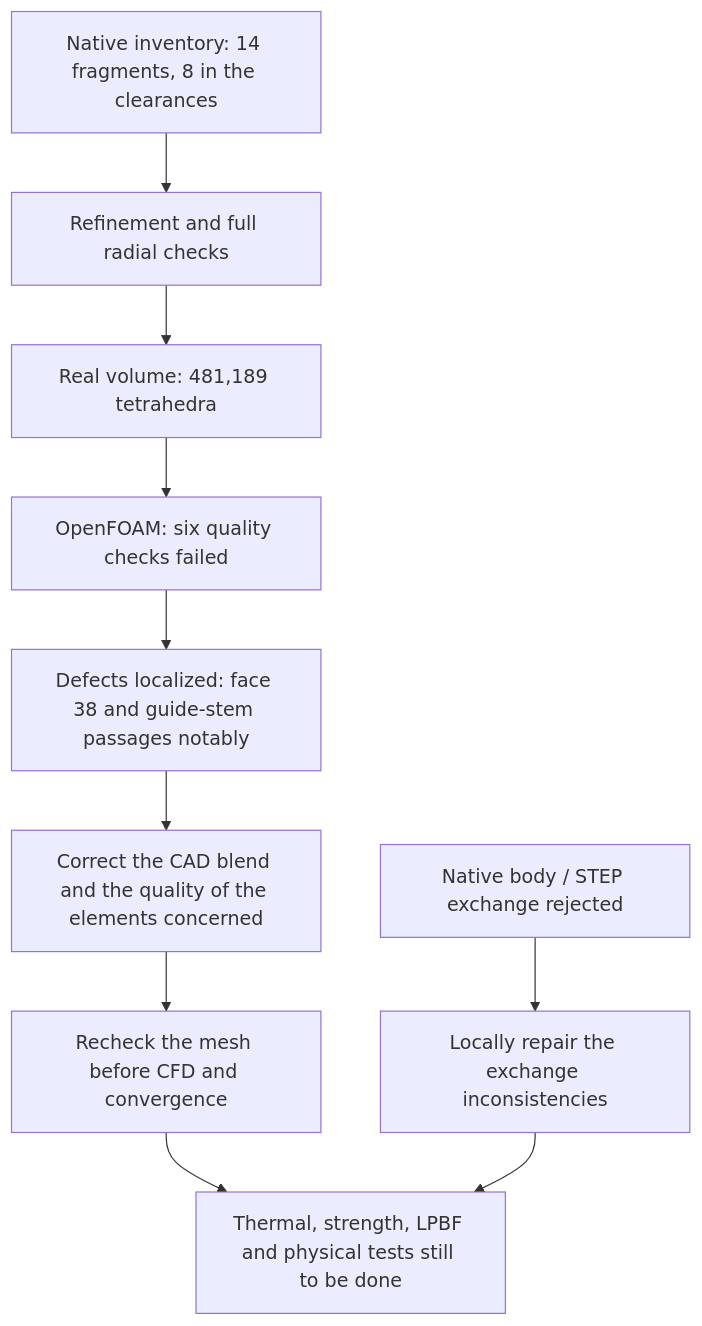
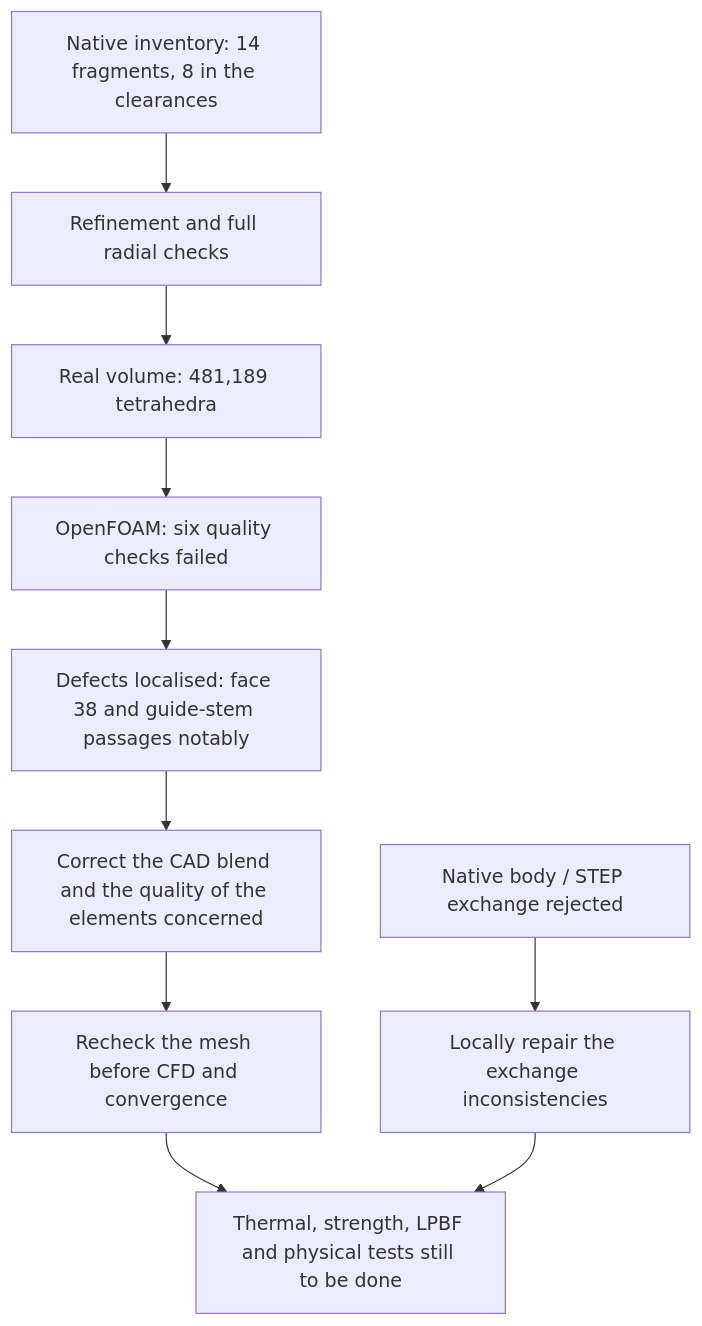
One commit to cluster2600/porscheparts changed the diagram in docs/reports/M64_VOLUME_REEL_CONTROLES_20260908.md. Above: the diagram before and after it, drawn with Mermaid. The commit also changed other lines of this file and 480 other files, not shown here.

````diff
--- a/docs/reports/M64_VOLUME_REEL_CONTROLES_20260908.md
+++ b/docs/reports/M64_VOLUME_REEL_CONTROLES_20260908.md
@@ -138,12 +138,12 @@
 ```mermaid
 flowchart TD
     A["Native inventory: 14 fragments, 8 in the clearances"] --> B["Refinement and full radial checks"]
     B --> C["Real volume: 481,189 tetrahedra"]
     C --> D["OpenFOAM: six quality checks failed"]
-    D --> E["Defects localized: face 38 and guide-stem passages notably"]
+    D --> E["Defects localised: face 38 and guide-stem passages notably"]
     E --> J["Correct the CAD blend and the quality of the elements concerned"]
     J --> F["Recheck the mesh before CFD and convergence"]
     G["Native body / STEP exchange rejected"] --> H["Locally repair the exchange inconsistencies"]
     F --> I["Thermal, strength, LPBF and physical tests still to be done"]
     H --> I
 ```
````
